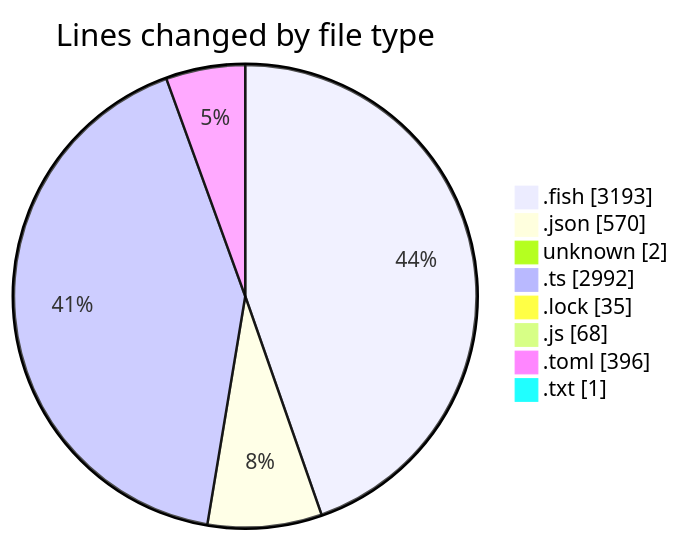
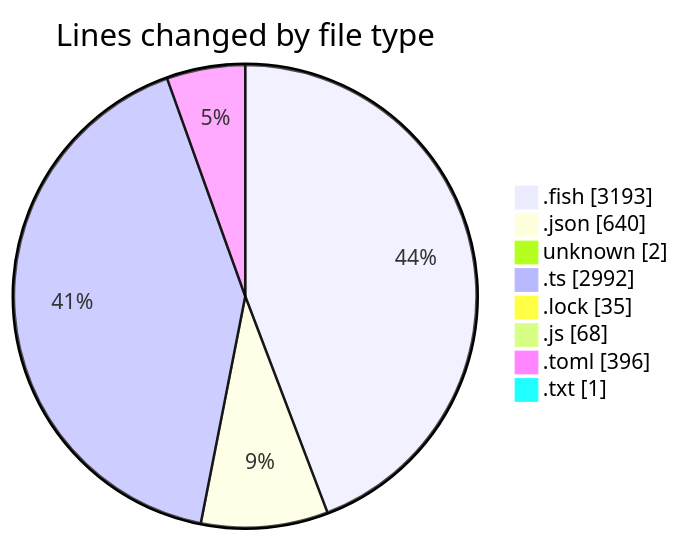
The first of 2 diagrams in 2025-07-12/fish/README.md (EIIisD/code-tracking), drawn with Mermaid before and after one commit. The commit also changed other lines of this file and 1 other file, not shown here.

````diff
--- a/2025-07-12/fish/README.md
+++ b/2025-07-12/fish/README.md
@@ -162,12 +162,12 @@
 ```mermaid
 pie showData
 title Lines changed by file type
 ".fish" : 3193
-".json" : 570
+".json" : 640
 "unknown" : 2
 ".ts" : 2992
 ".lock" : 35
 ".js" : 68
 ".toml" : 396
 ".txt" : 1
 ```
````
